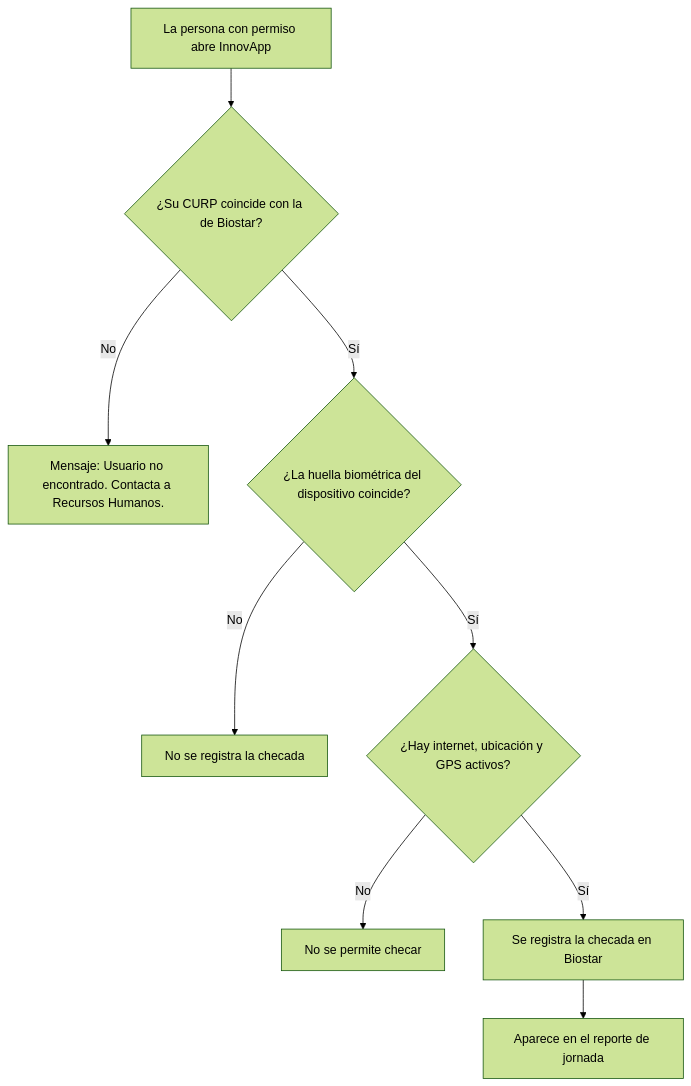
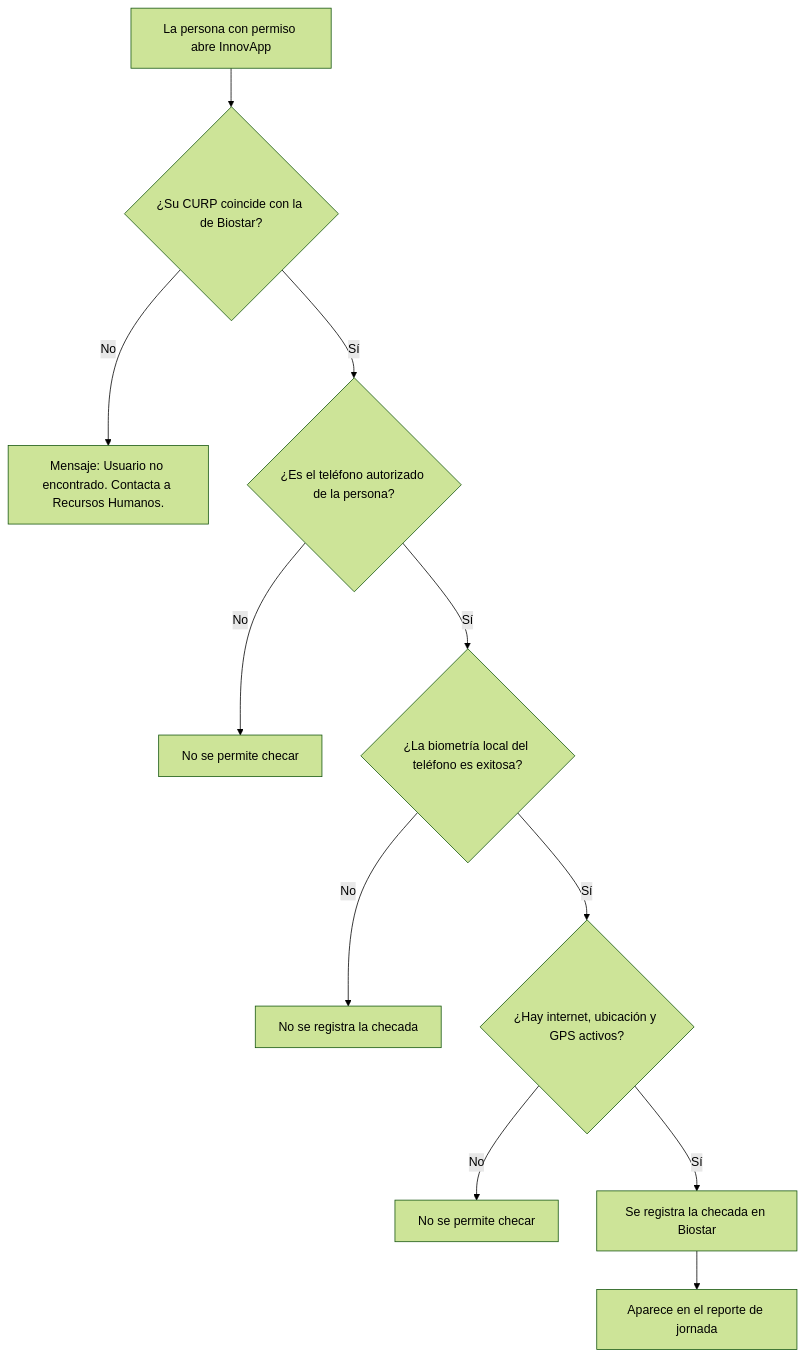
Before and after one commit to solis1408/Business-Suite: the fourth of 4 diagrams in docs/Proyectos/iNN/Control de Asistencias/Requerimientos-Funcionales-Control-de-Asistencia-Analisis-de-Negocio.md, drawn with Mermaid (forest theme). The commit also changed other lines of this file, not shown here.

````diff
--- a/docs/Proyectos/iNN/Control de Asistencias/Requerimientos-Funcionales-Control-de-Asistencia-Analisis-de-Negocio.md
+++ b/docs/Proyectos/iNN/Control de Asistencias/Requerimientos-Funcionales-Control-de-Asistencia-Analisis-de-Negocio.md
@@ -1562,11 +1543,13 @@
 ```mermaid
 flowchart TD
     A[La persona con permiso abre InnovApp] --> B{¿Su CURP coincide con la de Biostar?}
     B -- No --> X[Mensaje: Usuario no encontrado. Contacta a Recursos Humanos.]
-    B -- Sí --> C{¿La huella biométrica del dispositivo coincide?}
+    B -- Sí --> T{¿Es el teléfono autorizado de la persona?}
+    T -- No --> W[No se permite checar]
+    T -- Sí --> C{¿La biometría local del teléfono es exitosa?}
     C -- No --> Y[No se registra la checada]
     C -- Sí --> D{¿Hay internet, ubicación y GPS activos?}
     D -- No --> Z[No se permite checar]
     D -- Sí --> E[Se registra la checada en Biostar]
     E --> F[Aparece en el reporte de jornada]
 ```
````
